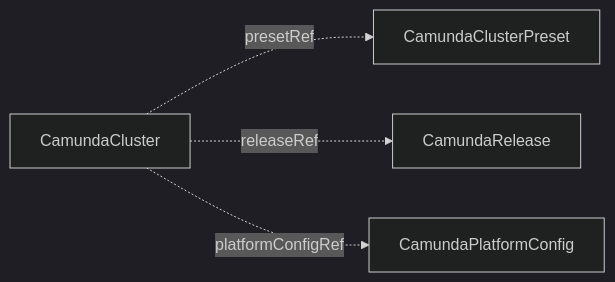
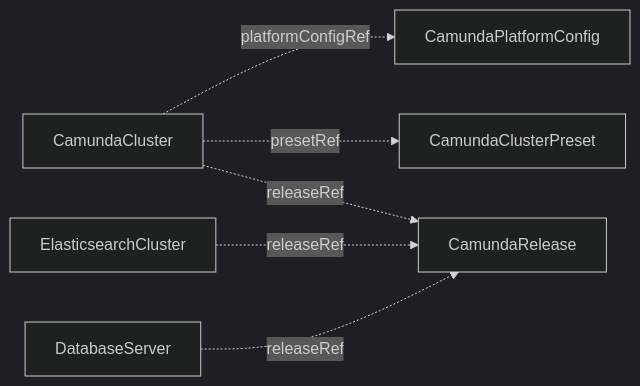
One commit to konsole-is/camunda-operator changed the diagram in docs/crds/camundarelease.md. Above: the diagram before and after it, drawn with Mermaid (dark theme). The commit also changed other lines of this file and 63 other files, not shown here.

````diff
--- a/docs/crds/camundarelease.md
+++ b/docs/crds/camundarelease.md
@@ -20,6 +20,8 @@
 ```mermaid
 graph LR
     CC[CamundaCluster] -.->|presetRef| CCP[CamundaClusterPreset]
     CC -.->|releaseRef| CR[CamundaRelease]
     CC -.->|platformConfigRef| PFC[CamundaPlatformConfig]
+    EC[ElasticsearchCluster] -.->|releaseRef| CR
+    DS[DatabaseServer] -.->|releaseRef| CR
 ```
````
